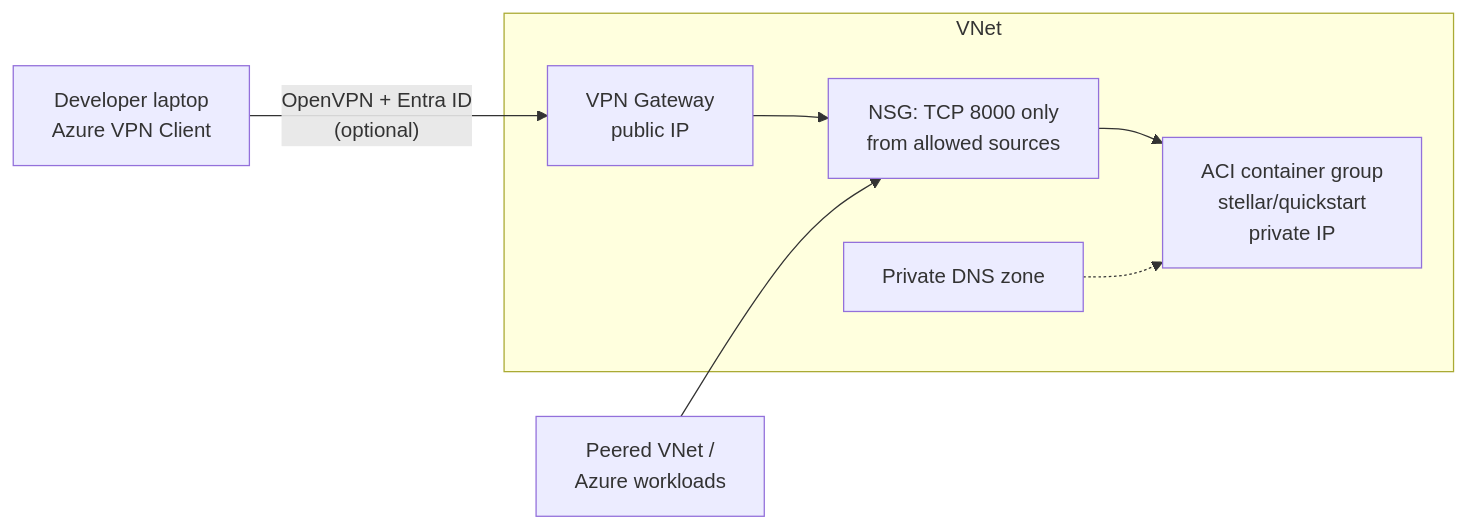
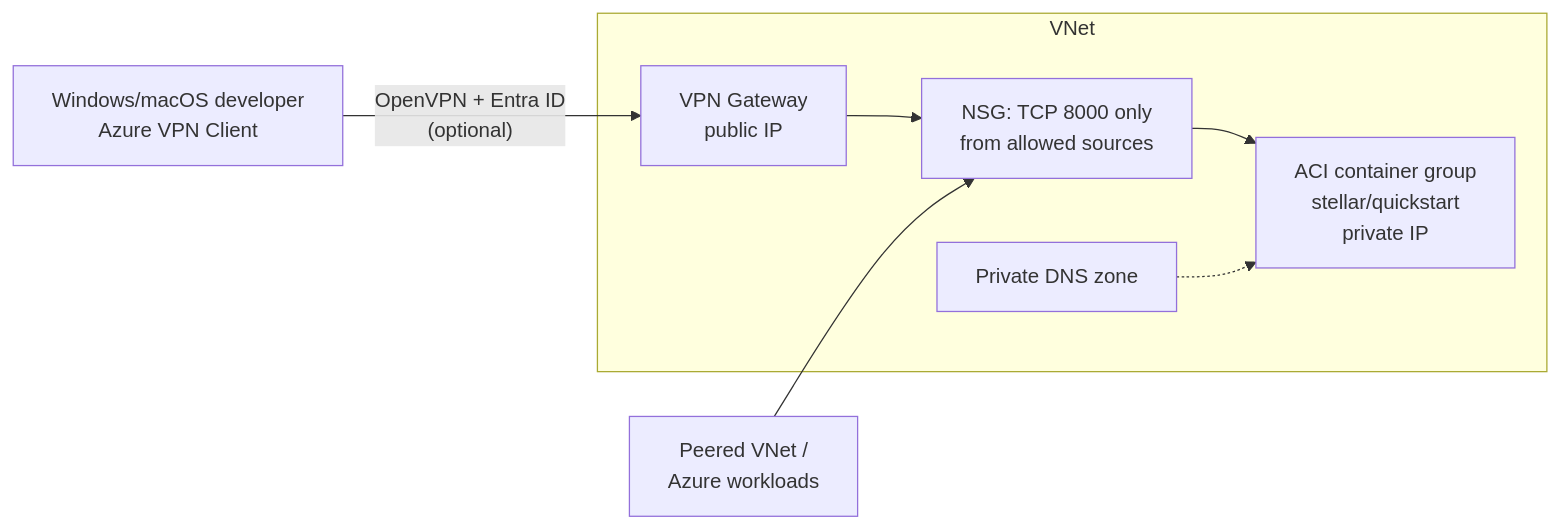
The diagram in README.md (withObsrvr/terraform-azure-stellar-quickstart), drawn with Mermaid before and after one commit. The commit also changed other lines of this file and 1 other file, not shown here.

Commit message:
vpn client updates

````diff
--- a/README.md
+++ b/README.md
@@ -11,10 +11,10 @@
 ```mermaid
 flowchart LR
-    dev[Developer laptop\nAzure VPN Client] -- "OpenVPN + Entra ID\n(optional)" --> vgw[VPN Gateway\npublic IP]
+    dev[Windows/macOS developer\nAzure VPN Client] -- "OpenVPN + Entra ID\n(optional)" --> vgw[VPN Gateway\npublic IP]
     subgraph vnet [VNet]
         vgw --> nsg[NSG: TCP 8000 only\nfrom allowed sources]
         nsg --> aci[ACI container group\nstellar/quickstart\nprivate IP]
         dns[Private DNS zone] -.-> aci
     end
     peer[Peered VNet /\nAzure workloads] --> nsg
 ```
````
